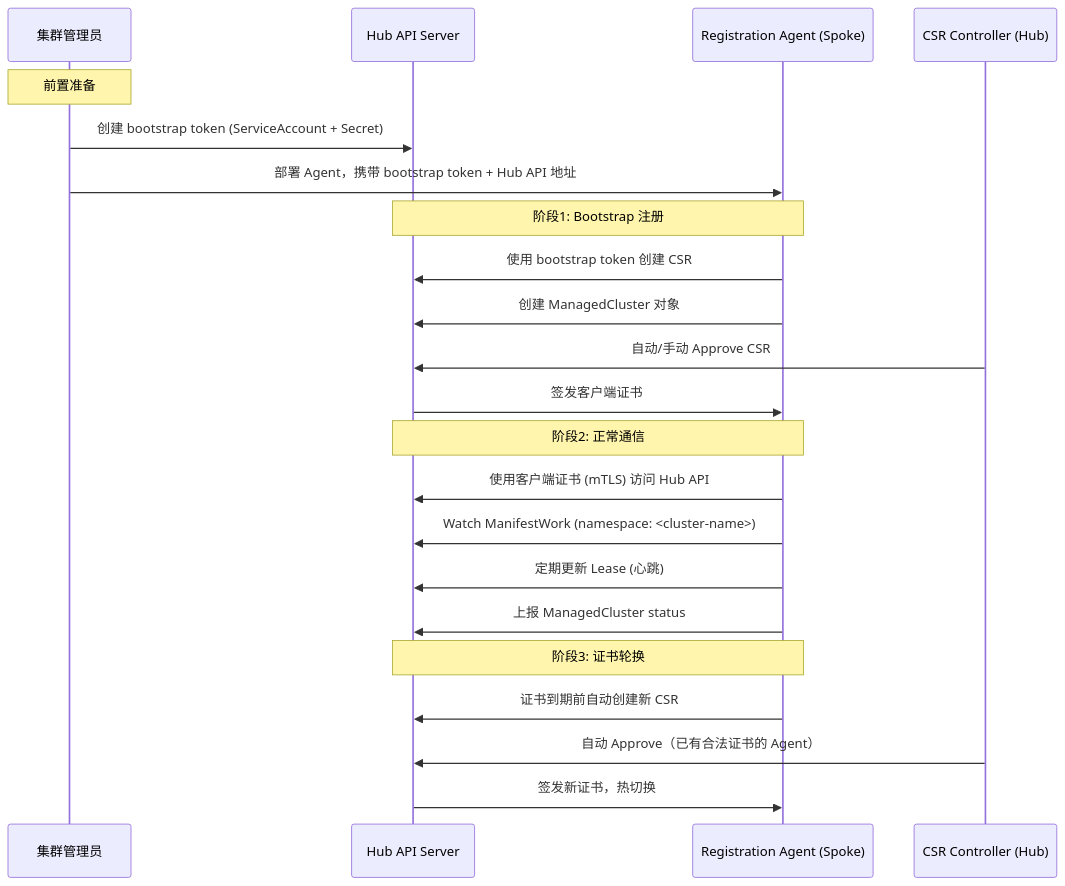
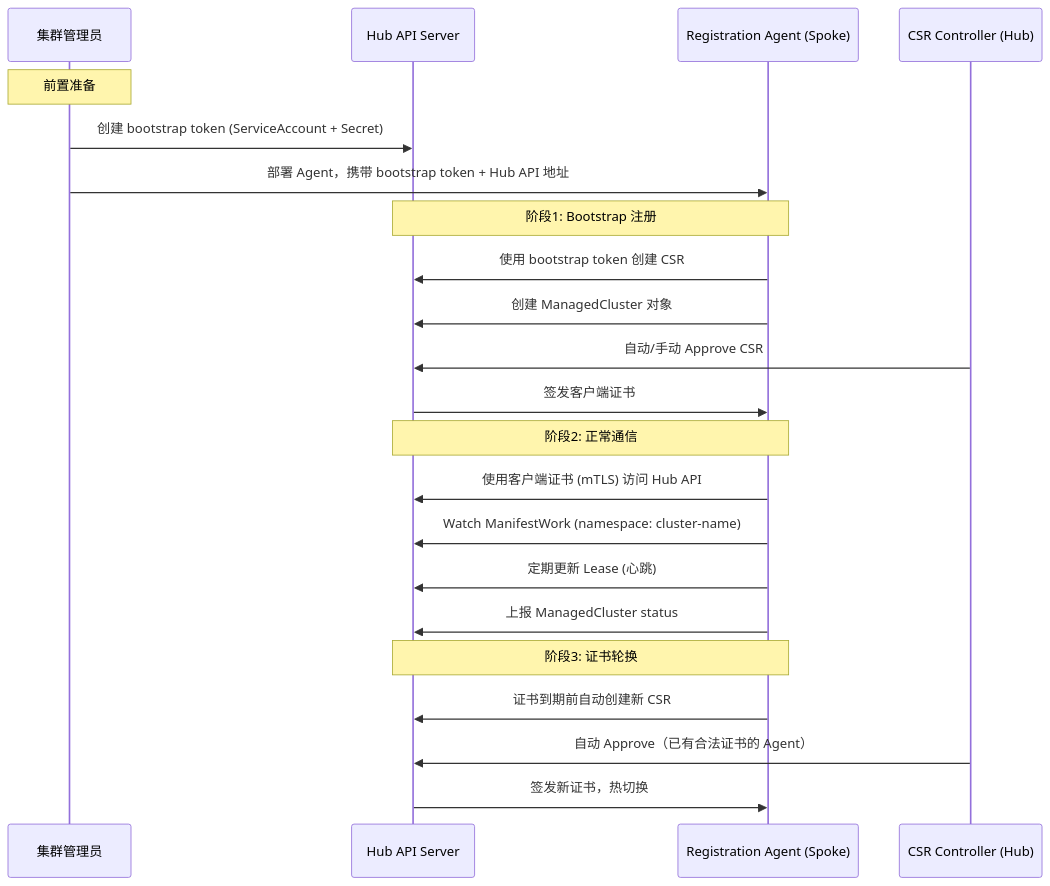
Before and after one commit to xuezhaojun/blog: the second of 3 diagrams in content/collections/k8s-internals/k8s-multi-cluster.md, drawn with Mermaid. The commit also changed other lines of this file and 8 other files, not shown here.

````diff
--- a/content/collections/k8s-internals/k8s-multi-cluster.md
+++ b/content/collections/k8s-internals/k8s-multi-cluster.md
@@ -347,28 +349,28 @@
 ```mermaid
 sequenceDiagram
     participant Admin as 集群管理员
     participant Hub as Hub API Server
     participant Agent as Registration Agent (Spoke)
     participant CSR as CSR Controller (Hub)
 
     Note over Admin: 前置准备
     Admin->>Hub: 创建 bootstrap token (ServiceAccount + Secret)
     Admin->>Agent: 部署 Agent，携带 bootstrap token + Hub API 地址
 
     Note over Agent, Hub: 阶段1: Bootstrap 注册
     Agent->>Hub: 使用 bootstrap token 创建 CSR
     Agent->>Hub: 创建 ManagedCluster 对象
     CSR->>Hub: 自动/手动 Approve CSR
     Hub->>Agent: 签发客户端证书
 
     Note over Agent, Hub: 阶段2: 正常通信
     Agent->>Hub: 使用客户端证书 (mTLS) 访问 Hub API
-    Agent->>Hub: Watch ManifestWork (namespace: <cluster-name>)
+    Agent->>Hub: Watch ManifestWork (namespace: cluster-name)
     Agent->>Hub: 定期更新 Lease (心跳)
     Agent->>Hub: 上报 ManagedCluster status
 
     Note over Agent, Hub: 阶段3: 证书轮换
     Agent->>Hub: 证书到期前自动创建新 CSR
     CSR->>Hub: 自动 Approve（已有合法证书的 Agent）
     Hub->>Agent: 签发新证书，热切换
 ```
````
